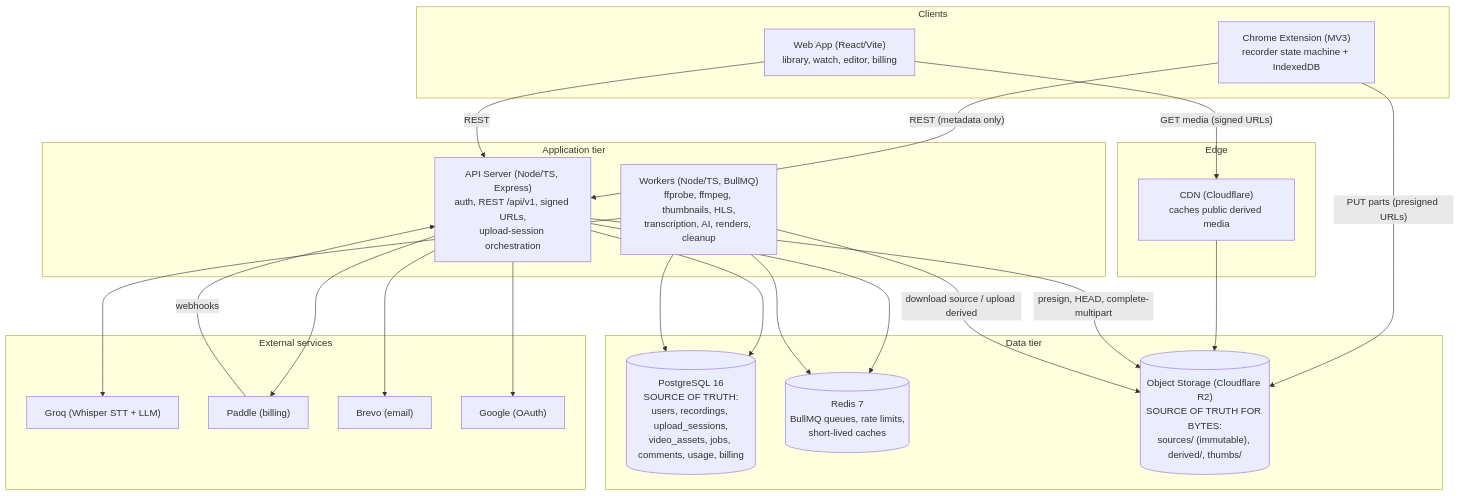
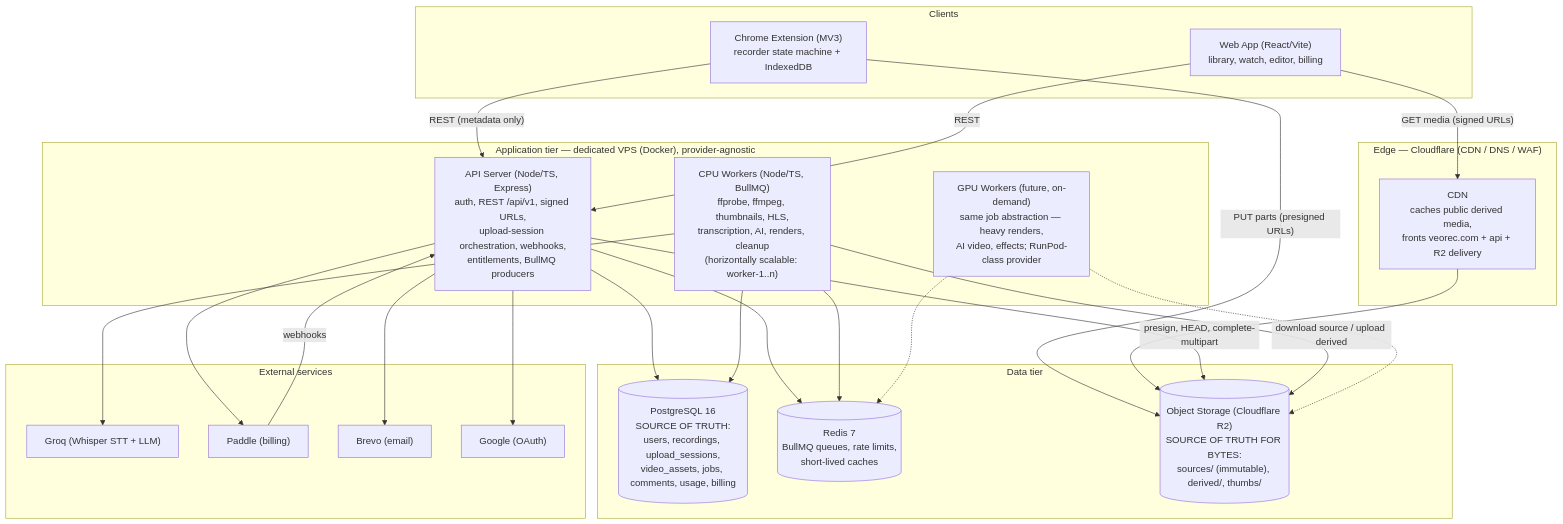
The first of 3 diagrams in docs/02-ARCHITECTURE.md (maliraza22/veorec), drawn with Mermaid before and after one commit. The commit also changed other lines of this file and 11 other files, not shown here.

````diff
--- a/docs/02-ARCHITECTURE.md
+++ b/docs/02-ARCHITECTURE.md
@@ -9,45 +9,48 @@
 ```mermaid
 flowchart TB
     subgraph Client["Clients"]
         EXT["Chrome Extension (MV3)\nrecorder state machine + IndexedDB"]
         WEB["Web App (React/Vite)\nlibrary, watch, editor, billing"]
     end
 
-    subgraph Edge["Edge"]
-        CDN["CDN (Cloudflare)\ncaches public derived media"]
+    subgraph Edge["Edge — Cloudflare (CDN / DNS / WAF)"]
+        CDN["CDN\ncaches public derived media,\nfronts veorec.com + api + R2 delivery"]
     end
 
-    subgraph Core["Application tier"]
-        API["API Server (Node/TS, Express)\nauth, REST /api/v1, signed URLs,\nupload-session orchestration"]
-        WK["Workers (Node/TS, BullMQ)\nffprobe, ffmpeg, thumbnails, HLS,\ntranscription, AI, renders, cleanup"]
+    subgraph Core["Application tier — dedicated VPS (Docker), provider-agnostic"]
+        API["API Server (Node/TS, Express)\nauth, REST /api/v1, signed URLs,\nupload-session orchestration, webhooks,\nentitlements, BullMQ producers"]
+        WK["CPU Workers (Node/TS, BullMQ)\nffprobe, ffmpeg, thumbnails, HLS,\ntranscription, AI, renders, cleanup\n(horizontally scalable: worker-1..n)"]
+        GPU["GPU Workers (future, on-demand)\nsame job abstraction — heavy renders,\nAI video, effects; RunPod-class provider"]
     end
 
     subgraph Data["Data tier"]
         PG[("PostgreSQL 16\nSOURCE OF TRUTH:\nusers, recordings, upload_sessions,\nvideo_assets, jobs, comments, usage, billing")]
         RD[("Redis 7\nBullMQ queues, rate limits,\nshort-lived caches")]
         R2[("Object Storage (Cloudflare R2)\nSOURCE OF TRUTH FOR BYTES:\nsources/ (immutable), derived/, thumbs/")]
     end
 
     subgraph Ext["External services"]
         GROQ["Groq (Whisper STT + LLM)"]
         PADDLE["Paddle (billing)"]
         BREVO["Brevo (email)"]
         GOOGLE["Google (OAuth)"]
     end
 
     EXT -- "REST (metadata only)" --> API
     WEB -- "REST" --> API
     EXT -- "PUT parts (presigned URLs)" --> R2
     WEB -- "GET media (signed URLs)" --> CDN --> R2
     API --> PG
     API --> RD
     API -- "presign, HEAD, complete-multipart" --> R2
     WK --> PG
     WK --> RD
     WK -- "download source / upload derived" --> R2
     WK --> GROQ
     API --> PADDLE
     PADDLE -- "webhooks" --> API
     API --> BREVO
     API --> GOOGLE
+    GPU -.-> RD
+    GPU -.-> R2
 ```
````
